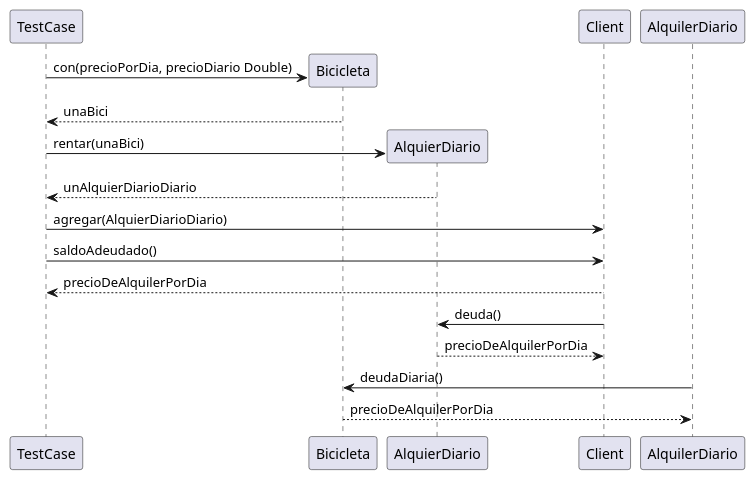
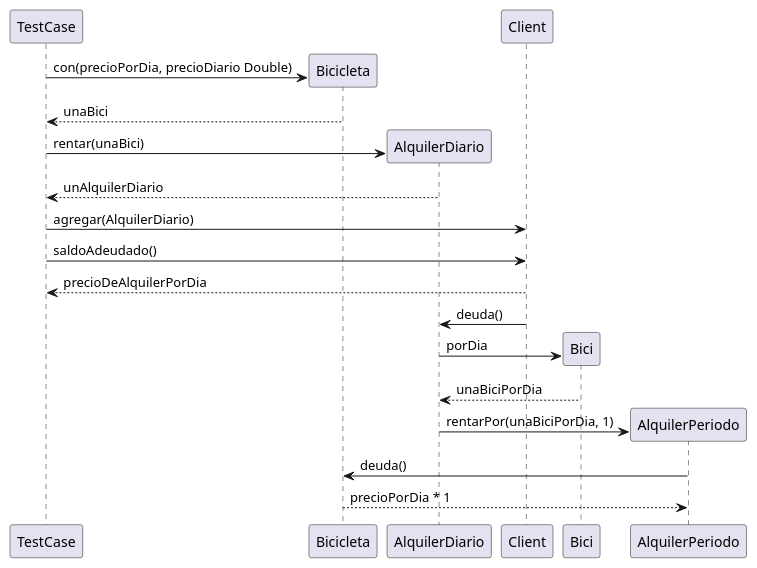
Before and after one commit to fiuba/algo3_simulacro_tn_alquiler_bici: the diagram in media/diagrams/ds_alquiler_diario.plantuml, drawn with PlantUML. The commit also changed 1 other file, not shown here.

Commit message:
Reutilización de AlquilerPeriodo

```diff
--- a/media/diagrams/ds_alquiler_diario.plantuml
+++ b/media/diagrams/ds_alquiler_diario.plantuml
@@ -1,17 +1,21 @@
 @startuml
 
 TestCase -> Bicicleta ** : con(precioPorDia, precioDiario Double)
 return unaBici
-TestCase -> AlquierDiario ** : rentar(unaBici)
-return unAlquierDiarioDiario
-TestCase -> Client: agregar(AlquierDiarioDiario)
+TestCase -> AlquilerDiario ** : rentar(unaBici)
+return unAlquilerDiario
+TestCase -> Client: agregar(AlquilerDiario)
 
 TestCase -> Client: saldoAdeudado()
 return precioDeAlquilerPorDia
-Client -> AlquierDiario: deuda()
-return precioDeAlquilerPorDia
-AlquilerDiario -> Bicicleta: deudaDiaria()
-return precioDeAlquilerPorDia
+Client -> AlquilerDiario: deuda()
 
+AlquilerDiario -> Bici ** : porDia
+return unaBiciPorDia
+
+AlquilerDiario -> AlquilerPeriodo ** : rentarPor(unaBiciPorDia, 1)
+
+AlquilerPeriodo -> Bicicleta: deuda()
+return precioPorDia * 1
 
 @enduml 
```
